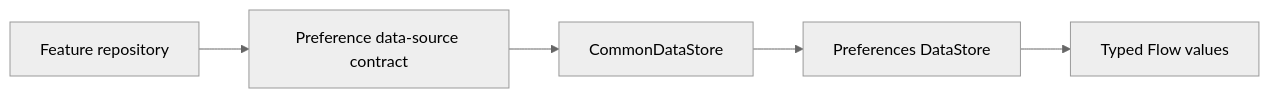
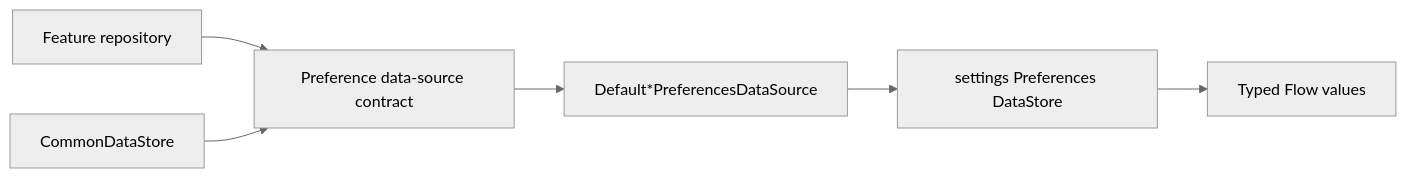
Before and after one commit to MihaiCristianCondrea/App-Toolkit-for-Android: the diagram in library/core/datastore/README.md, drawn with Mermaid (neutral theme). The commit also changed other lines of this file and 20 other files, not shown here.

````diff
--- a/library/core/datastore/README.md
+++ b/library/core/datastore/README.md
@@ -37,7 +40,8 @@
 ```mermaid
 flowchart LR
     Feature[Feature repository] --> Contract[Preference data-source contract]
-    Contract --> Store[CommonDataStore]
-    Store --> Preferences[Preferences DataStore]
+    Facade[CommonDataStore] --> Contract
+    Contract --> Source[Default*PreferencesDataSource]
+    Source --> Preferences[settings Preferences DataStore]
     Preferences --> Flow[Typed Flow values]
 ```
````
